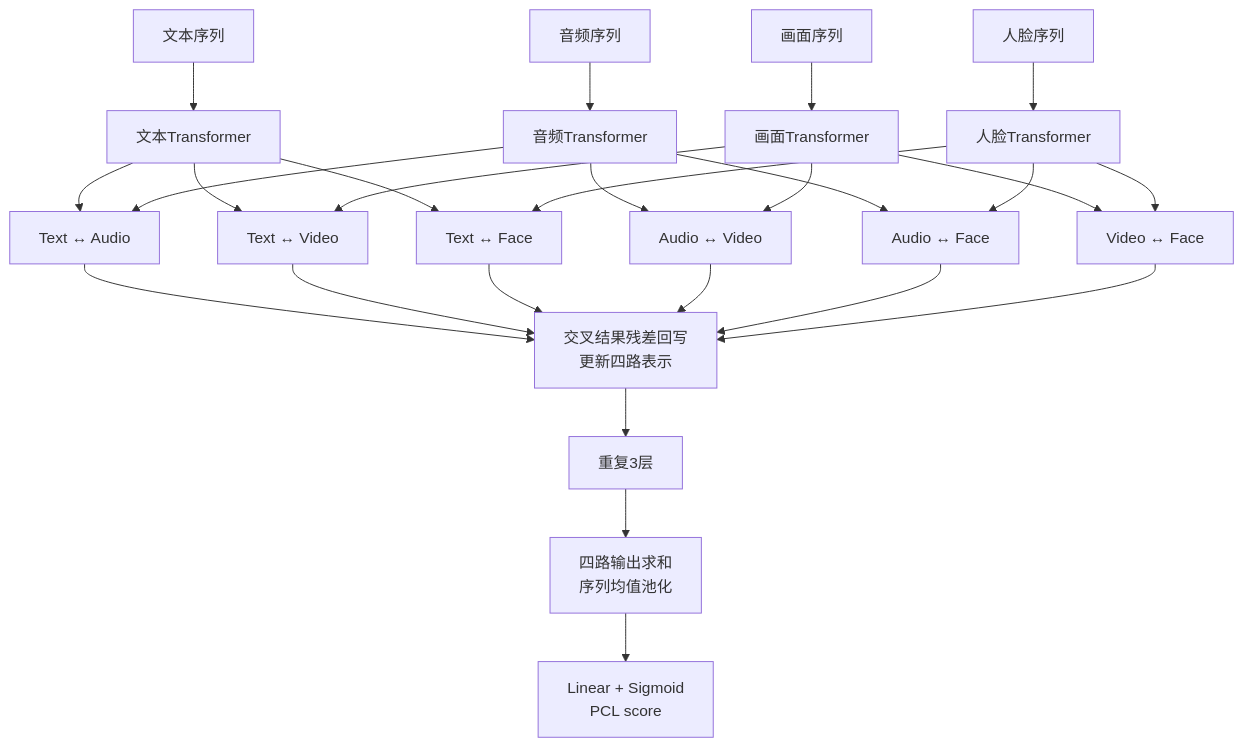
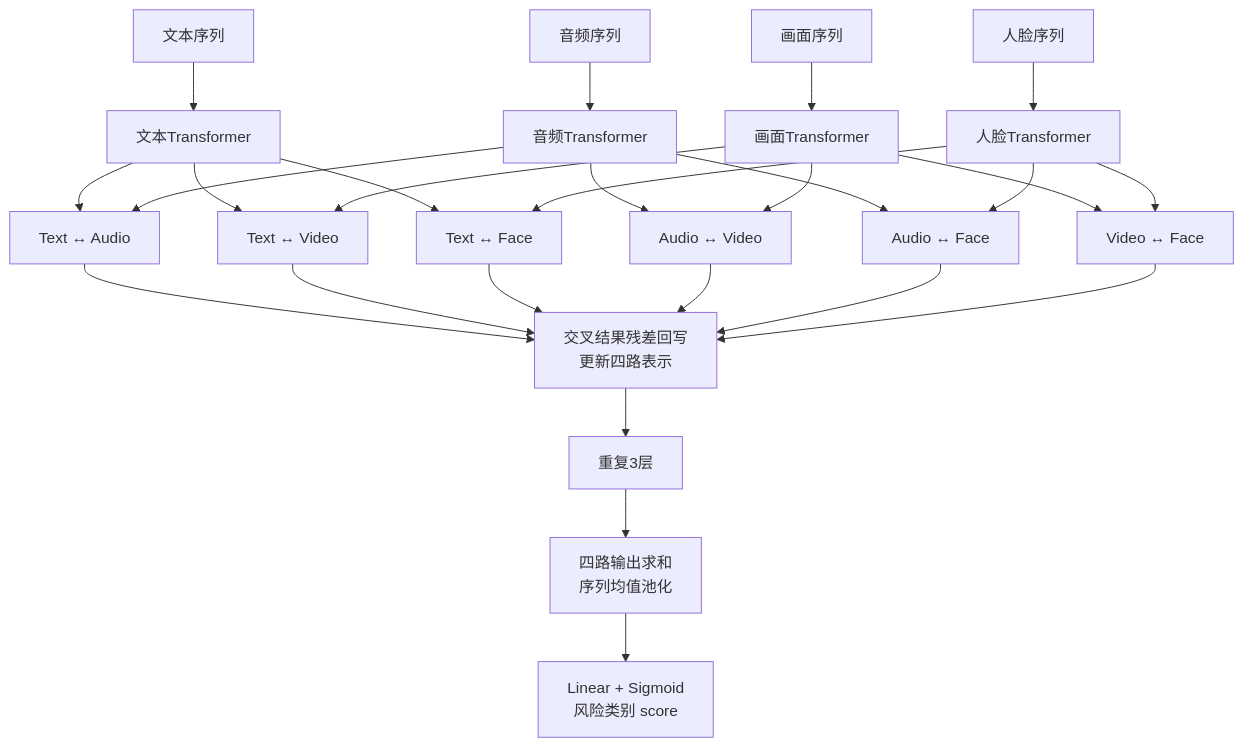
Diagram 13 of 15 in doc/project_report.md (Wangych297/MM-ContentGuard), drawn with Mermaid before and after one commit. The commit also changed other lines of this file and 13 other files, not shown here.

````diff
--- a/doc/project_report.md
+++ b/doc/project_report.md
@@ -2006,30 +2006,30 @@
 ```mermaid
 flowchart TB
     T["文本序列"] --> ST["文本Transformer"]
     A["音频序列"] --> SA["音频Transformer"]
     V["画面序列"] --> SV["画面Transformer"]
     F["人脸序列"] --> SF["人脸Transformer"]
 
     ST --> TA["Text ↔ Audio"]
     SA --> TA
     ST --> TV["Text ↔ Video"]
     SV --> TV
     ST --> TF["Text ↔ Face"]
     SF --> TF
     SA --> AV["Audio ↔ Video"]
     SV --> AV
     SA --> AF["Audio ↔ Face"]
     SF --> AF
     SV --> VF["Video ↔ Face"]
     SF --> VF
 
     TA --> U["交叉结果残差回写<br/>更新四路表示"]
     TV --> U
     TF --> U
     AV --> U
     AF --> U
     VF --> U
     U --> N["重复3层"]
     N --> C["四路输出求和<br/>序列均值池化"]
-    C --> O["Linear + Sigmoid<br/>PCL score"]
+    C --> O["Linear + Sigmoid<br/>风险类别 score"]
 ```
````
